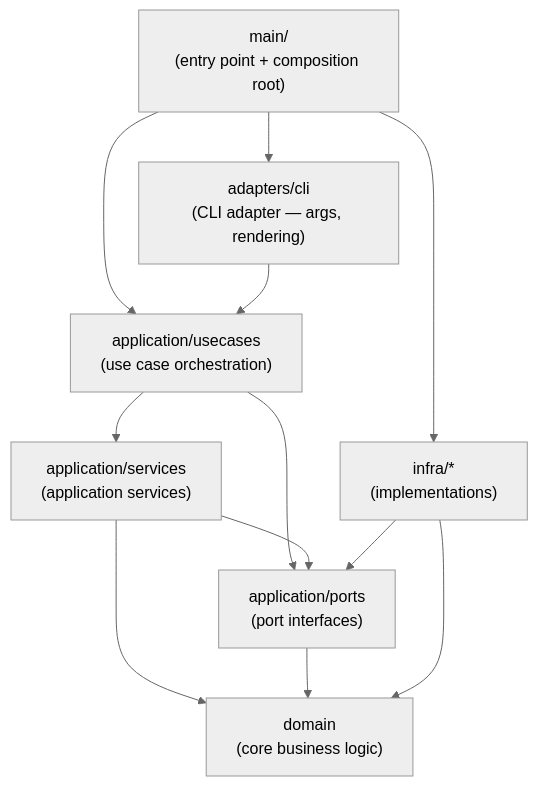
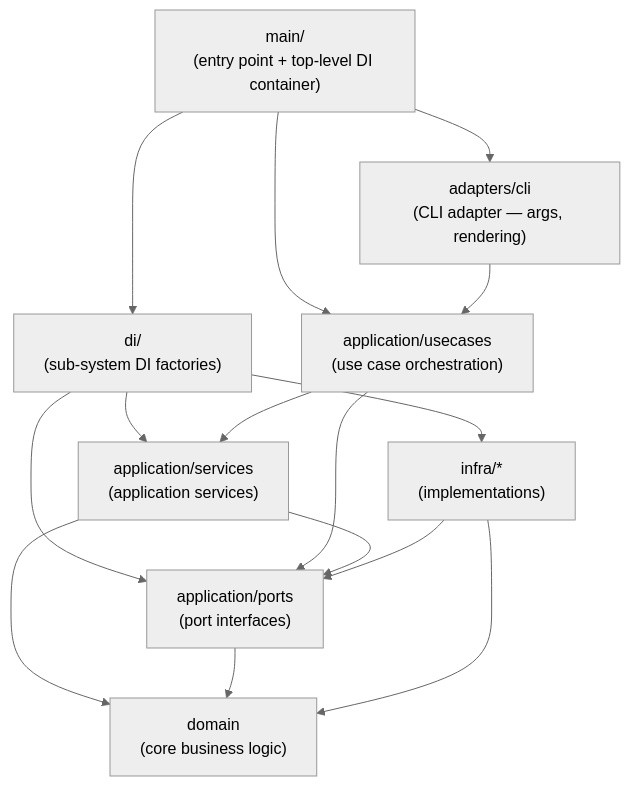
The diagram in docs/architecture/architecture.md (hiromaily/autonomous-engineer), drawn with Mermaid (neutral theme) before and after one commit. The commit also changed other lines of this file and 13 other files, not shown here.

````diff
--- a/docs/architecture/architecture.md
+++ b/docs/architecture/architecture.md
@@ -92,22 +92,26 @@
 ```mermaid
 graph TD
-    Main["main/<br/>(entry point + composition root)"]
+    Main["main/<br/>(entry point + top-level DI container)"]
+    DI["di/<br/>(sub-system DI factories)"]
     CLI["adapters/cli<br/>(CLI adapter — args, rendering)"]
     Usecase["application/usecases<br/>(use case orchestration)"]
     Services["application/services<br/>(application services)"]
     Ports["application/ports<br/>(port interfaces)"]
     Domain["domain<br/>(core business logic)"]
     Infra["infra/*<br/>(implementations)"]
 
     Main --> CLI
-    Main --> Infra
+    Main --> DI
     Main --> Usecase
+    DI --> Services
+    DI --> Infra
+    DI --> Ports
     CLI --> Usecase
     Usecase --> Services
     Usecase --> Ports
     Services --> Ports
     Services --> Domain
     Ports --> Domain
     Infra --> Ports
     Infra --> Domain
 ```
````
